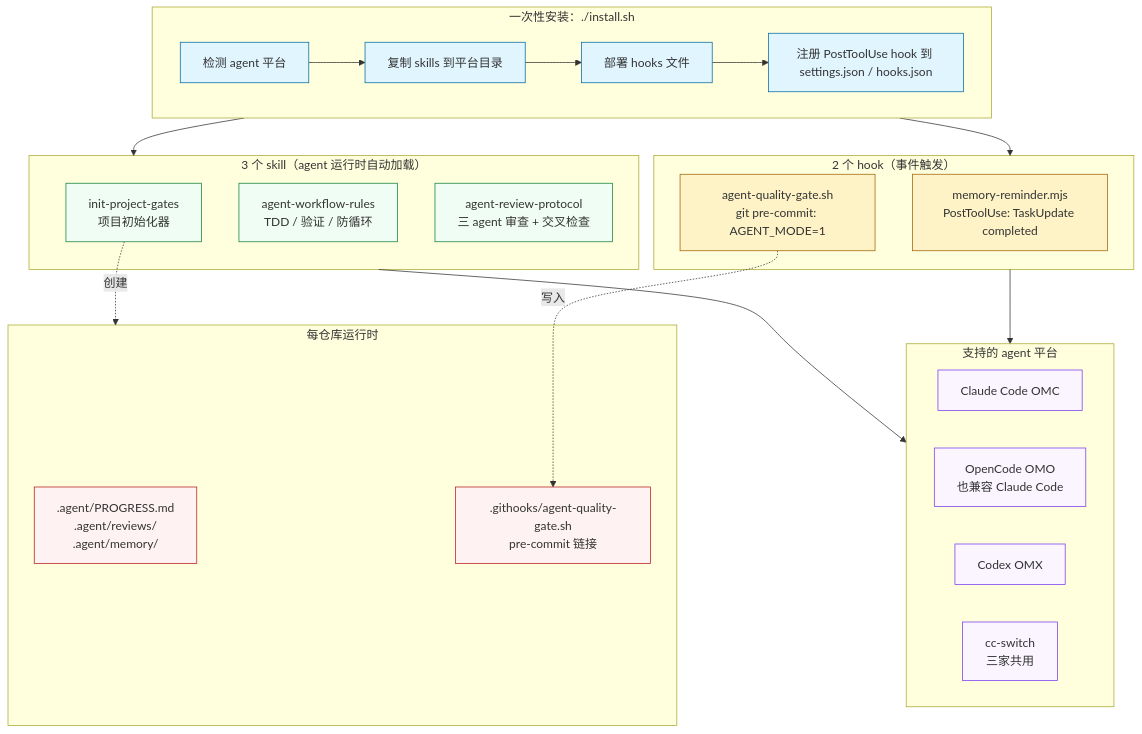
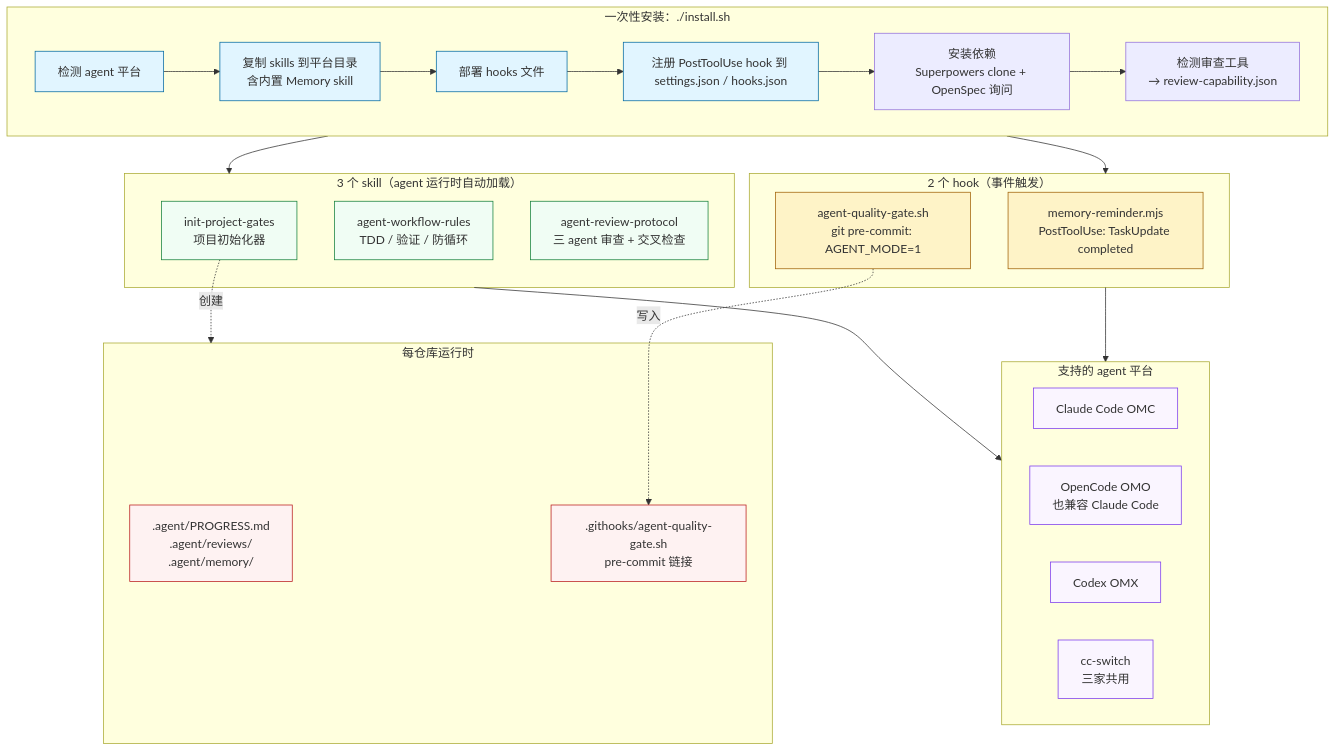
Before and after one commit to mcdowell8023/agent-gates: the first of 5 diagrams in docs/explainer.zh.md, drawn with Mermaid. The commit also changed other lines of this file and 3 other files, not shown here.

````diff
--- a/docs/explainer.zh.md
+++ b/docs/explainer.zh.md
@@ -26,52 +26,54 @@
 ```mermaid
 flowchart TB
     subgraph install["一次性安装：./install.sh"]
         I1[检测 agent 平台]
-        I2[复制 skills 到平台目录]
+        I2[复制 skills 到平台目录<br/>含内置 Memory skill]
         I3[部署 hooks 文件]
         I4[注册 PostToolUse hook 到 settings.json / hooks.json]
-        I1 --> I2 --> I3 --> I4
+        I5[安装依赖<br/>Superpowers clone + OpenSpec 询问]
+        I6[检测审查工具<br/>→ review-capability.json]
+        I1 --> I2 --> I3 --> I4 --> I5 --> I6
     end
 
     subgraph skills["3 个 skill（agent 运行时自动加载）"]
         S1[init-project-gates<br/>项目初始化器]
         S2[agent-workflow-rules<br/>TDD / 验证 / 防循环]
         S3[agent-review-protocol<br/>三 agent 审查 + 交叉检查]
     end
 
     subgraph hooks["2 个 hook（事件触发）"]
         H1[memory-reminder.mjs<br/>PostToolUse: TaskUpdate completed]
         H2[agent-quality-gate.sh<br/>git pre-commit: AGENT_MODE=1]
     end
 
     subgraph platforms["支持的 agent 平台"]
         P1[Claude Code OMC]
         P2[OpenCode OMO<br/>也兼容 Claude Code]
         P3[Codex OMX]
         P4[cc-switch<br/>三家共用]
     end
 
     subgraph runtime["每仓库运行时"]
         R1[.agent/PROGRESS.md<br/>.agent/reviews/<br/>.agent/memory/]
         R2[.githooks/agent-quality-gate.sh<br/>pre-commit 链接]
     end
 
     install --> skills
     install --> hooks
     skills --> platforms
     hooks --> platforms
     S1 -.创建.-> runtime
     H2 -.写入.-> R2
 
     classDef install fill:#e1f5ff,stroke:#0369a1
     classDef skill fill:#f0fdf4,stroke:#15803d
     classDef hook fill:#fef3c7,stroke:#a16207
     classDef platform fill:#faf5ff,stroke:#7c3aed
     classDef runtime fill:#fef2f2,stroke:#b91c1c
 
     class I1,I2,I3,I4 install
     class S1,S2,S3 skill
     class H1,H2 hook
     class P1,P2,P3,P4 platform
     class R1,R2 runtime
 ```
````
